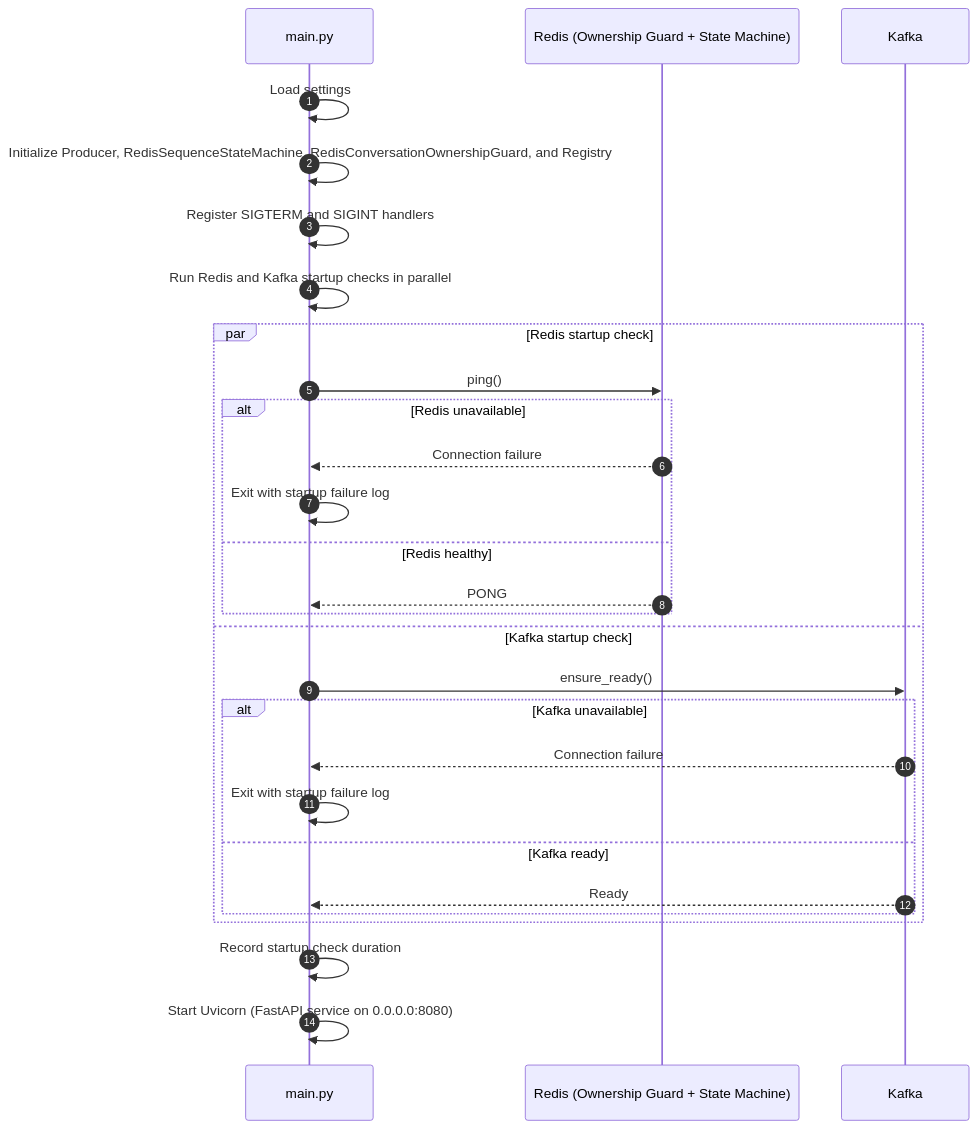
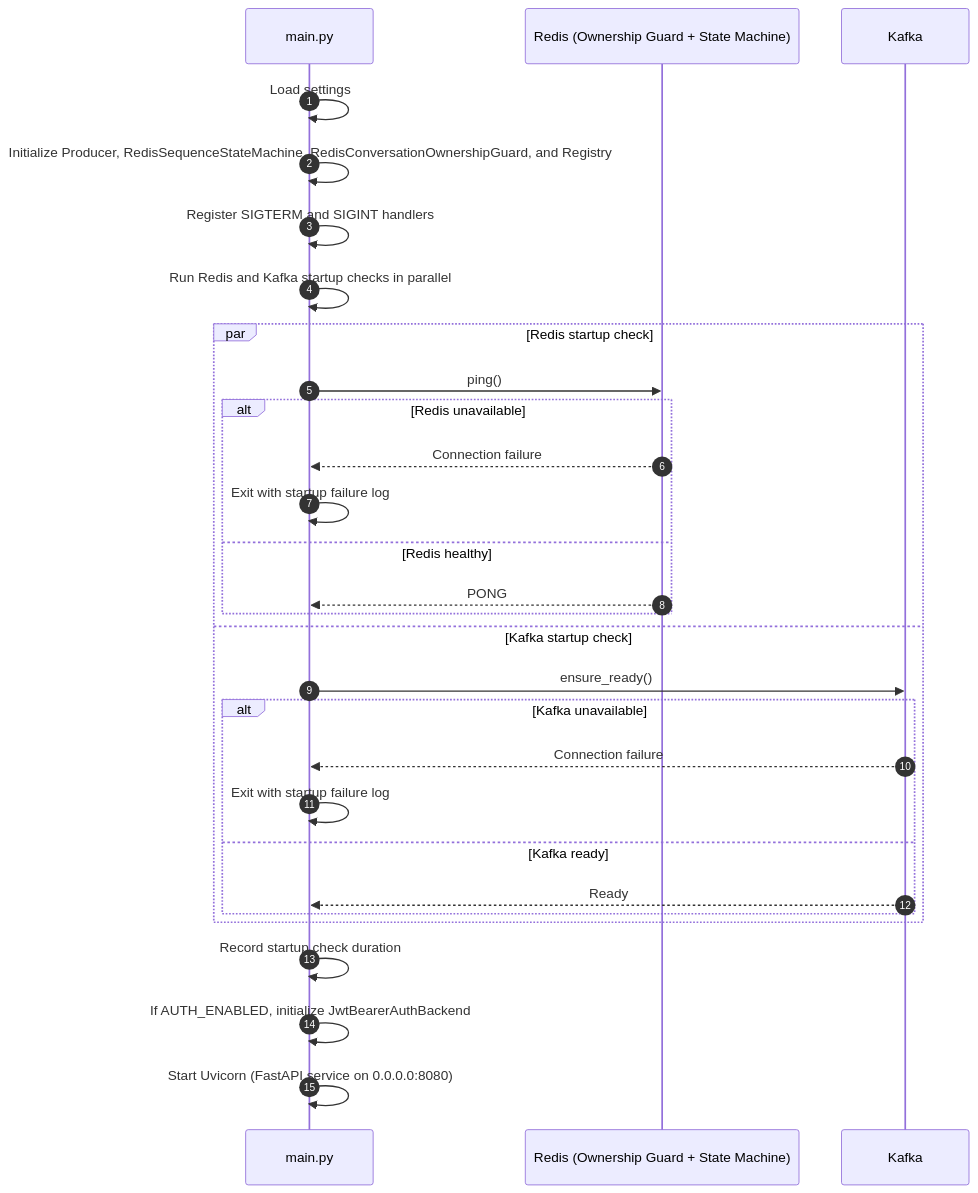
The second of 6 diagrams in docs/design/app-design.md (xiaodouya001/transcribe_service), drawn with Mermaid before and after one commit. The commit also changed other lines of this file and 8 other files, not shown here.

````diff
--- a/docs/design/app-design.md
+++ b/docs/design/app-design.md
@@ -74,33 +74,34 @@
 ```mermaid
 sequenceDiagram
     autonumber
     participant Main as main.py
     participant RedisCore as Redis (Ownership Guard + State Machine)
     participant Kafka as Kafka
 
     Main->>Main: Load settings
     Main->>Main: Initialize Producer, RedisSequenceStateMachine, RedisConversationOwnershipGuard, and Registry
     Main->>Main: Register SIGTERM and SIGINT handlers
 
     Main->>Main: Run Redis and Kafka startup checks in parallel
     par Redis startup check
         Main->>RedisCore: ping()
         alt Redis unavailable
             RedisCore-->>Main: Connection failure
             Main->>Main: Exit with startup failure log
         else Redis healthy
             RedisCore-->>Main: PONG
         end
     and Kafka startup check
         Main->>Kafka: ensure_ready()
         alt Kafka unavailable
             Kafka-->>Main: Connection failure
             Main->>Main: Exit with startup failure log
         else Kafka ready
             Kafka-->>Main: Ready
         end
     end
 
     Main->>Main: Record startup check duration
+    Main->>Main: If AUTH_ENABLED, initialize JwtBearerAuthBackend
     Main->>Main: Start Uvicorn (FastAPI service on 0.0.0.0:8080)
 ```
````
